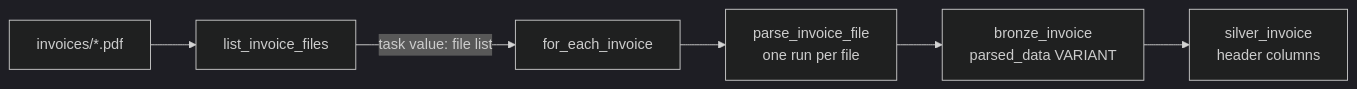
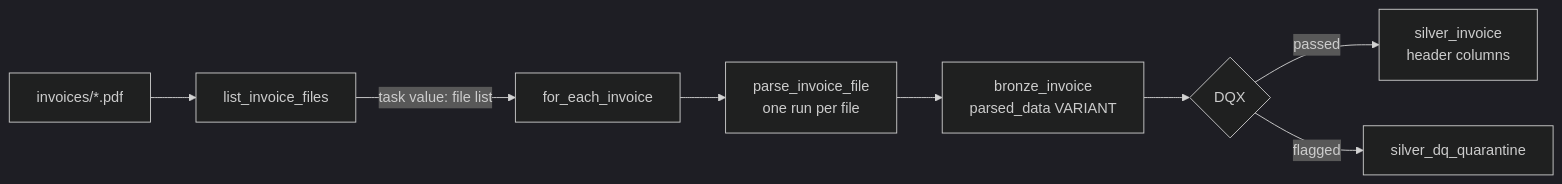
Before and after one commit to corinat/poc_databricks_updated: the diagram in src/flow04/README.md, drawn with Mermaid (dark theme). The commit also changed other lines of this file and 11 other files, not shown here.

````diff
--- a/src/flow04/README.md
+++ b/src/flow04/README.md
@@ -16,8 +17,10 @@
 ```mermaid
 flowchart LR
     PDF[invoices/*.pdf] --> L[list_invoice_files]
     L -->|task value: file list| FE[for_each_invoice]
     FE --> P[parse_invoice_file<br/>one run per file]
     P --> B1[bronze_invoice<br/>parsed_data VARIANT]
-    B1 --> S1[silver_invoice<br/>header columns]
+    B1 --> DQ{DQX}
+    DQ -->|passed| S1[silver_invoice<br/>header columns]
+    DQ -->|flagged| Q[silver_dq_quarantine]
 ```
````
